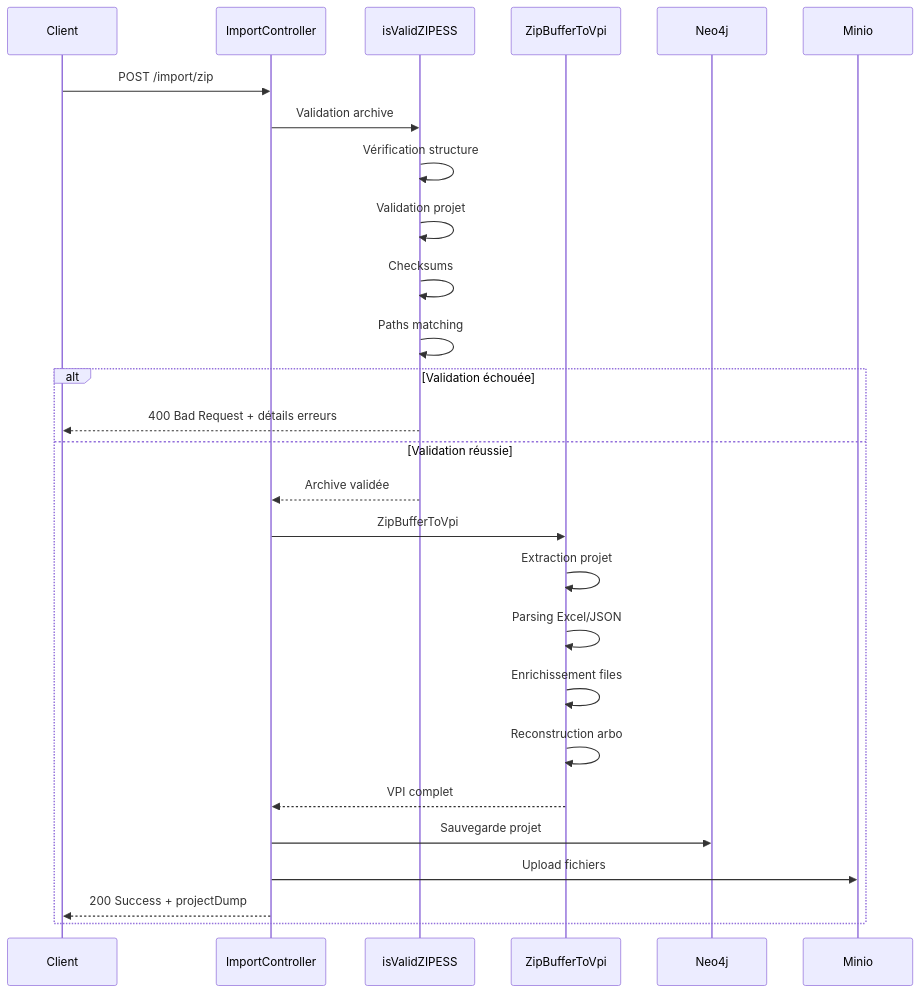
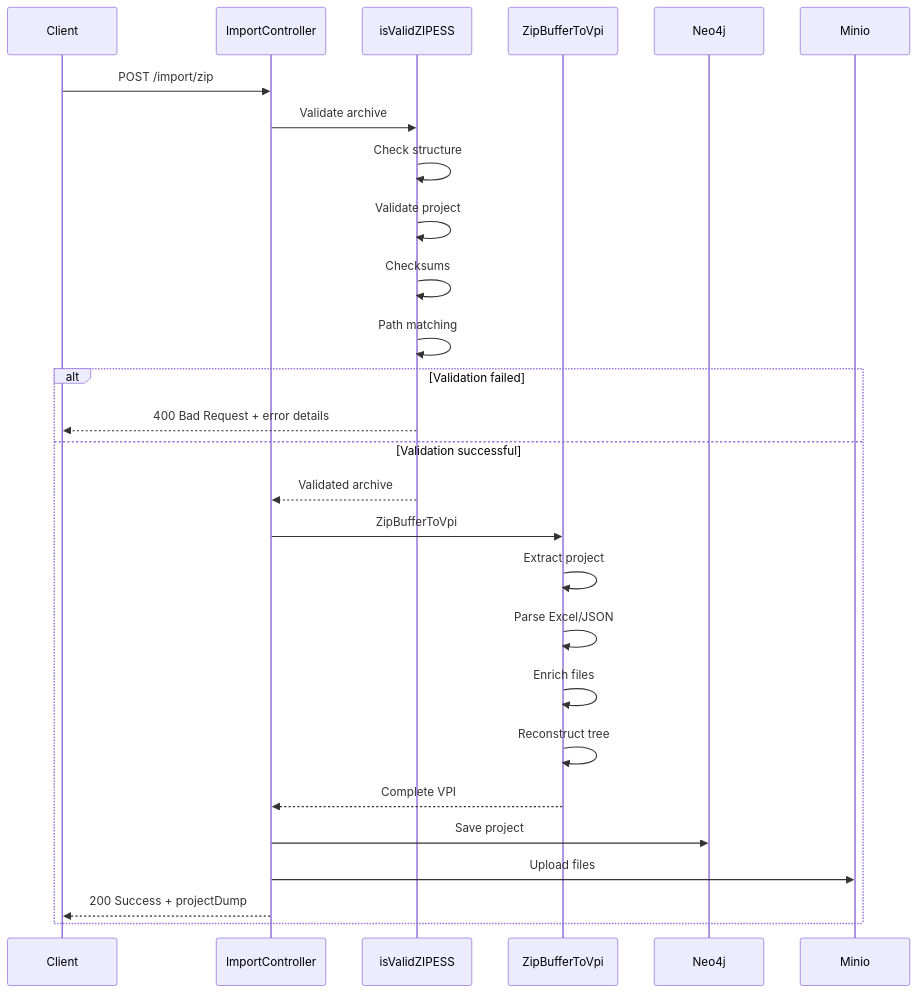
The tenth of 13 diagrams in vnv-doc-content/blog/posts/Validation procedures.md (infrasoftbe/vnv-doc), drawn with Mermaid before and after one commit. The commit also changed other lines of this file and 9 other files, not shown here.

````diff
--- a/vnv-doc-content/blog/posts/Validation procedures.md
+++ b/vnv-doc-content/blog/posts/Validation procedures.md
@@ -675,35 +712,35 @@
 ```mermaid
 sequenceDiagram
     participant Client
     participant Controller as ImportController
     participant Validator as isValidZIPESS
     participant Parser as ZipBufferToVpi
     participant Neo4j
     participant Minio
 
     Client->>Controller: POST /import/zip
     
-    Controller->>Validator: Validation archive
-    Validator->>Validator: Vérification structure
-    Validator->>Validator: Validation projet
+    Controller->>Validator: Validate archive
+    Validator->>Validator: Check structure
+    Validator->>Validator: Validate project
     Validator->>Validator: Checksums
-    Validator->>Validator: Paths matching
+    Validator->>Validator: Path matching
     
-    alt Validation échouée
-        Validator-->>Client: 400 Bad Request + détails erreurs
-    else Validation réussie
-        Validator-->>Controller: Archive validée
+    alt Validation failed
+        Validator-->>Client: 400 Bad Request + error details
+    else Validation successful
+        Validator-->>Controller: Validated archive
         
         Controller->>Parser: ZipBufferToVpi
-        Parser->>Parser: Extraction projet
-        Parser->>Parser: Parsing Excel/JSON
-        Parser->>Parser: Enrichissement files
-        Parser->>Parser: Reconstruction arbo
-        Parser-->>Controller: VPI complet
+        Parser->>Parser: Extract project
+        Parser->>Parser: Parse Excel/JSON
+        Parser->>Parser: Enrich files
+        Parser->>Parser: Reconstruct tree
+        Parser-->>Controller: Complete VPI
         
-        Controller->>Neo4j: Sauvegarde projet
-        Controller->>Minio: Upload fichiers
+        Controller->>Neo4j: Save project
+        Controller->>Minio: Upload files
         
         Controller-->>Client: 200 Success + projectDump
     end
 ```
````
